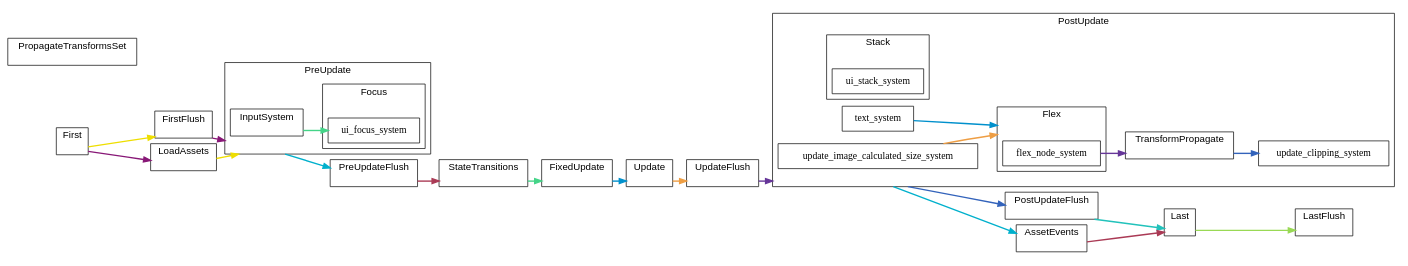
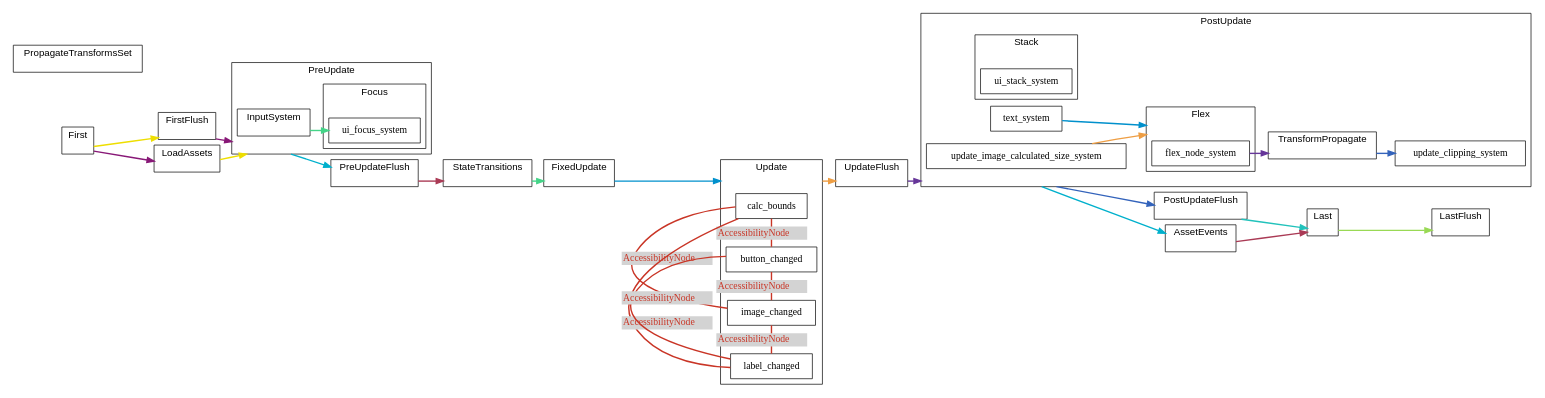
One commit to jakobhellermann/bevy_mod_debugdump changed the diagram in docs/schedule/by-crate/light/schedule_Main_bevy_ui.dot. Above: the diagram before and after it, drawn with Graphviz. The commit also changed 59 other files, not shown here.

```diff
--- a/docs/schedule/by-crate/light/schedule_Main_bevy_ui.dot
+++ b/docs/schedule/by-crate/light/schedule_Main_bevy_ui.dot
@@ -12,6 +12,10 @@
 		"bgcolor"="white";
 		"color"="black";
 		"set_marker_node_Set(0)" ["style"="invis", "label"="", "height"="0", "shape"="point"]
+		"node_System(100)" ["label"="calc_bounds", "tooltip"="bevy_ui::accessibility::calc_bounds"]
+		"node_System(101)" ["label"="button_changed", "tooltip"="bevy_ui::accessibility::button_changed"]
+		"node_System(102)" ["label"="image_changed", "tooltip"="bevy_ui::accessibility::image_changed"]
+		"node_System(103)" ["label"="label_changed", "tooltip"="bevy_ui::accessibility::label_changed"]
 	}
 	
 	subgraph "clusternode_Set(2)" {
@@ -76,13 +80,13 @@
 			"set_marker_node_Set(25)" ["style"="invis", "label"="", "height"="0", "shape"="point"]
 		}
 		
-		subgraph "clusternode_Set(116)" {
+		subgraph "clusternode_Set(125)" {
 			"label"="Focus";
 			"tooltip"="Focus";
 			"bgcolor"="white";
 			"color"="black";
-			"set_marker_node_Set(116)" ["style"="invis", "label"="", "height"="0", "shape"="point"]
-			"node_System(95)" ["label"="ui_focus_system", "tooltip"="bevy_ui::focus::ui_focus_system"]
+			"set_marker_node_Set(125)" ["style"="invis", "label"="", "height"="0", "shape"="point"]
+			"node_System(104)" ["label"="ui_focus_system", "tooltip"="bevy_ui::focus::ui_focus_system"]
 		}
 		
 	}
@@ -117,27 +121,27 @@
 			"set_marker_node_Set(20)" ["style"="invis", "label"="", "height"="0", "shape"="point"]
 		}
 		
-		subgraph "clusternode_Set(117)" {
+		subgraph "clusternode_Set(126)" {
 			"label"="Flex";
 			"tooltip"="Flex";
 			"bgcolor"="white";
 			"color"="black";
-			"set_marker_node_Set(117)" ["style"="invis", "label"="", "height"="0", "shape"="point"]
-			"node_System(98)" ["label"="flex_node_system", "tooltip"="bevy_ui::flex::flex_node_system"]
+			"set_marker_node_Set(126)" ["style"="invis", "label"="", "height"="0", "shape"="point"]
+			"node_System(107)" ["label"="flex_node_system", "tooltip"="bevy_ui::flex::flex_node_system"]
 		}
 		
-		subgraph "clusternode_Set(118)" {
+		subgraph "clusternode_Set(127)" {
 			"label"="Stack";
 			"tooltip"="Stack";
 			"bgcolor"="white";
 			"color"="black";
-			"set_marker_node_Set(118)" ["style"="invis", "label"="", "height"="0", "shape"="point"]
-			"node_System(99)" ["label"="ui_stack_system", "tooltip"="bevy_ui::stack::ui_stack_system"]
+			"set_marker_node_Set(127)" ["style"="invis", "label"="", "height"="0", "shape"="point"]
+			"node_System(108)" ["label"="ui_stack_system", "tooltip"="bevy_ui::stack::ui_stack_system"]
 		}
 		
-		"node_System(96)" ["label"="text_system", "tooltip"="bevy_ui::widget::text::text_system"]
-		"node_System(97)" ["label"="update_image_calculated_size_system", "tooltip"="bevy_ui::widget::image::update_image_calculated_size_system"]
-		"node_System(100)" ["label"="update_clipping_system", "tooltip"="bevy_ui::update::update_clipping_system"]
+		"node_System(105)" ["label"="text_system", "tooltip"="bevy_ui::widget::text::text_system"]
+		"node_System(106)" ["label"="update_image_calculated_size_system", "tooltip"="bevy_ui::widget::image::update_image_calculated_size_system"]
+		"node_System(109)" ["label"="update_clipping_system", "tooltip"="bevy_ui::update::update_clipping_system"]
 	}
 	
 	subgraph "clusternode_Set(12)" {
@@ -187,9 +191,15 @@
 	"set_marker_node_Set(7)" -> "set_marker_node_Set(59)" ["lhead"="clusternode_Set(59)", "ltail"="clusternode_Set(7)", "tooltip"="First → LoadAssets", "color"="#881877"]
 	"set_marker_node_Set(11)" -> "set_marker_node_Set(60)" ["lhead"="clusternode_Set(60)", "ltail"="clusternode_Set(11)", "tooltip"="PostUpdate → AssetEvents", "color"="#00b0cc"]
 	"set_marker_node_Set(60)" -> "set_marker_node_Set(12)" ["lhead"="clusternode_Set(12)", "ltail"="clusternode_Set(60)", "tooltip"="AssetEvents → Last", "color"="#aa3a55"]
-	"set_marker_node_Set(25)" -> "node_System(95)" ["lhead"="", "ltail"="clusternode_Set(25)", "tooltip"="InputSystem → ui_focus_system", "color"="#44d488"]
-	"node_System(96)" -> "set_marker_node_Set(117)" ["lhead"="clusternode_Set(117)", "ltail"="", "tooltip"="text_system → Flex", "color"="#0090cc"]
-	"node_System(97)" -> "set_marker_node_Set(117)" ["lhead"="clusternode_Set(117)", "ltail"="", "tooltip"="update_image_calculated_size_system → Flex", "color"="#ee9e44"]
-	"node_System(98)" -> "set_marker_node_Set(20)" ["lhead"="clusternode_Set(20)", "ltail"="", "tooltip"="flex_node_system → TransformPropagate", "color"="#663699"]
-	"set_marker_node_Set(20)" -> "node_System(100)" ["lhead"="", "ltail"="clusternode_Set(20)", "tooltip"="TransformPropagate → update_clipping_system", "color"="#3363bb"]
+	"set_marker_node_Set(25)" -> "node_System(104)" ["lhead"="", "ltail"="clusternode_Set(25)", "tooltip"="InputSystem → ui_focus_system", "color"="#44d488"]
+	"node_System(105)" -> "set_marker_node_Set(126)" ["lhead"="clusternode_Set(126)", "ltail"="", "tooltip"="text_system → Flex", "color"="#0090cc"]
+	"node_System(106)" -> "set_marker_node_Set(126)" ["lhead"="clusternode_Set(126)", "ltail"="", "tooltip"="update_image_calculated_size_system → Flex", "color"="#ee9e44"]
+	"node_System(107)" -> "set_marker_node_Set(20)" ["lhead"="clusternode_Set(20)", "ltail"="", "tooltip"="flex_node_system → TransformPropagate", "color"="#663699"]
+	"set_marker_node_Set(20)" -> "node_System(109)" ["lhead"="", "ltail"="clusternode_Set(20)", "tooltip"="TransformPropagate → update_clipping_system", "color"="#3363bb"]
+	"node_System(100)" -> "node_System(101)" ["dir"="none", "constraint"="false", "color"="#c93526", "fontcolor"="#c93526", "label"=<<table border="0" cellborder="0"><tr><td bgcolor="#d3d3d3">AccessibilityNode</td></tr></table>>, "labeltooltip"="calc_bounds — button_changed"]
+	"node_System(100)" -> "node_System(102)" ["dir"="none", "constraint"="false", "color"="#c93526", "fontcolor"="#c93526", "label"=<<table border="0" cellborder="0"><tr><td bgcolor="#d3d3d3">AccessibilityNode</td></tr></table>>, "labeltooltip"="calc_bounds — image_changed"]
+	"node_System(100)" -> "node_System(103)" ["dir"="none", "constraint"="false", "color"="#c93526", "fontcolor"="#c93526", "label"=<<table border="0" cellborder="0"><tr><td bgcolor="#d3d3d3">AccessibilityNode</td></tr></table>>, "labeltooltip"="calc_bounds — label_changed"]
+	"node_System(101)" -> "node_System(102)" ["dir"="none", "constraint"="false", "color"="#c93526", "fontcolor"="#c93526", "label"=<<table border="0" cellborder="0"><tr><td bgcolor="#d3d3d3">AccessibilityNode</td></tr></table>>, "labeltooltip"="button_changed — image_changed"]
+	"node_System(101)" -> "node_System(103)" ["dir"="none", "constraint"="false", "color"="#c93526", "fontcolor"="#c93526", "label"=<<table border="0" cellborder="0"><tr><td bgcolor="#d3d3d3">AccessibilityNode</td></tr></table>>, "labeltooltip"="button_changed — label_changed"]
+	"node_System(102)" -> "node_System(103)" ["dir"="none", "constraint"="false", "color"="#c93526", "fontcolor"="#c93526", "label"=<<table border="0" cellborder="0"><tr><td bgcolor="#d3d3d3">AccessibilityNode</td></tr></table>>, "labeltooltip"="image_changed — label_changed"]
 }
```
